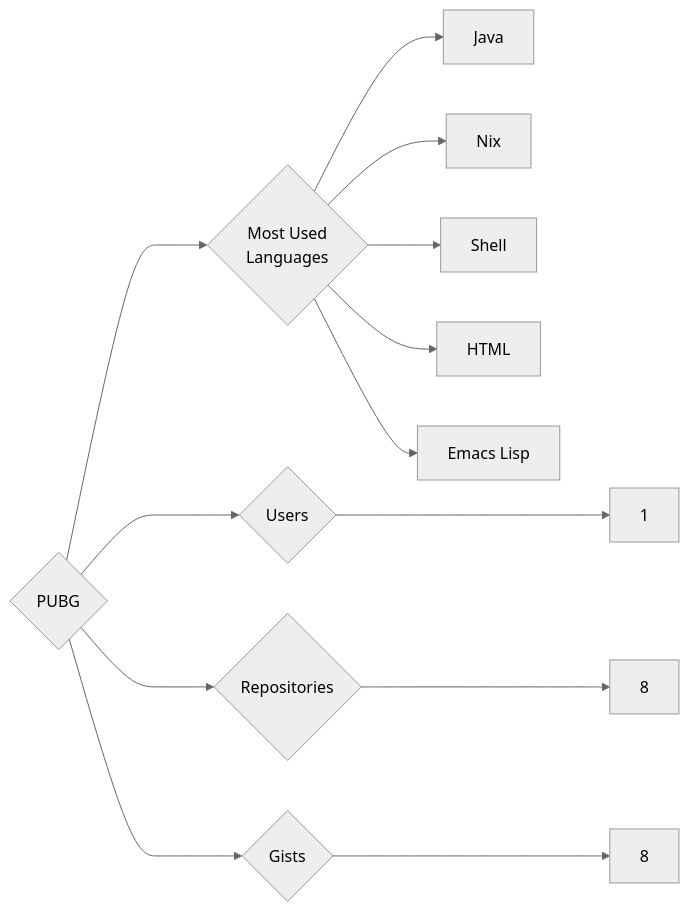
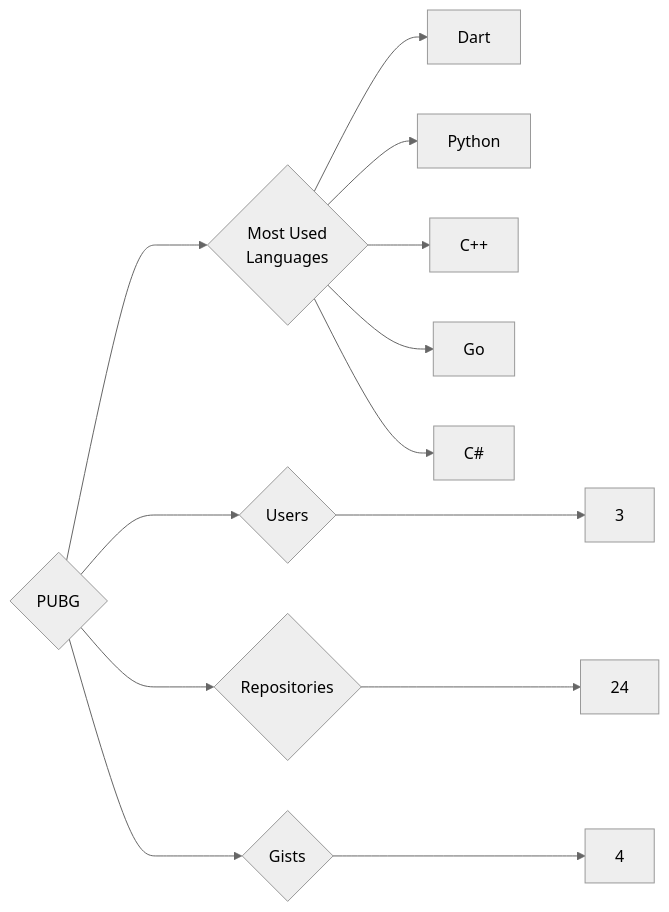
One commit to trickest/insiders changed the diagram in targets/PUBG/README.md. Above: the diagram before and after it, drawn with Mermaid (neutral theme). The commit also changed 1389 other files, not shown here.

````diff
--- a/targets/PUBG/README.md
+++ b/targets/PUBG/README.md
@@ -3,13 +3,13 @@
 ```mermaid
 graph LR
 COMPANY_NAME{PUBG}
-COMPANY_NAME ---> U{Users} ---> UN[1]
-COMPANY_NAME ---> R{Repositories} ---> RN[8]
-COMPANY_NAME ---> G{Gists} ---> GN[8]
+COMPANY_NAME ---> U{Users} ---> UN[3]
+COMPANY_NAME ---> R{Repositories} ---> RN[24]
+COMPANY_NAME ---> G{Gists} ---> GN[4]
 COMPANY_NAME ---> ML{Most Used<br>Languages}
-ML --> Java[Java]
-ML --> Nix[Nix]
-ML --> Shell[Shell]
-ML --> HTML[HTML]
-ML --> Emacs_Lisp[Emacs Lisp]
+ML --> Dart[Dart]
+ML --> Python[Python]
+ML --> C++[C++]
+ML --> Go[Go]
+ML --> C#[C#]
 ```
````
